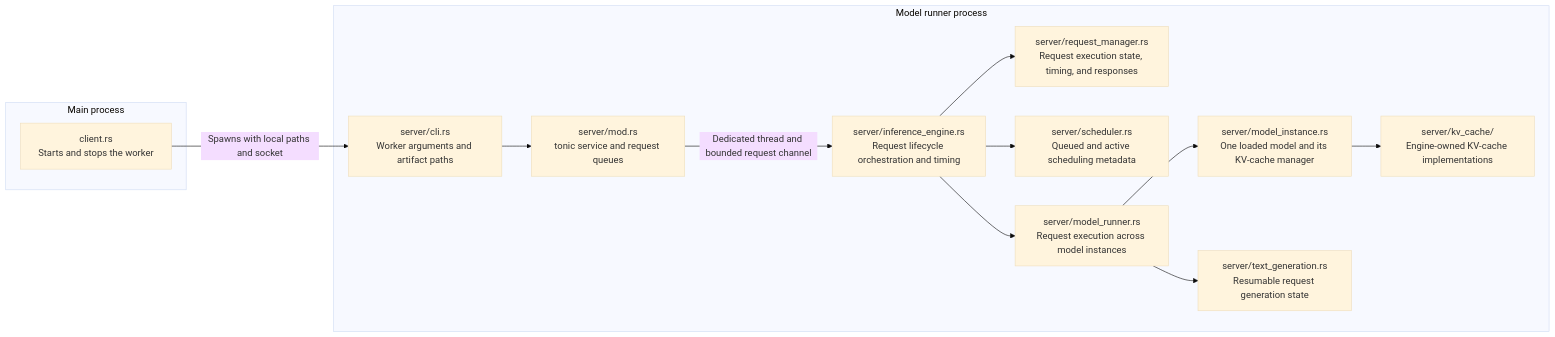
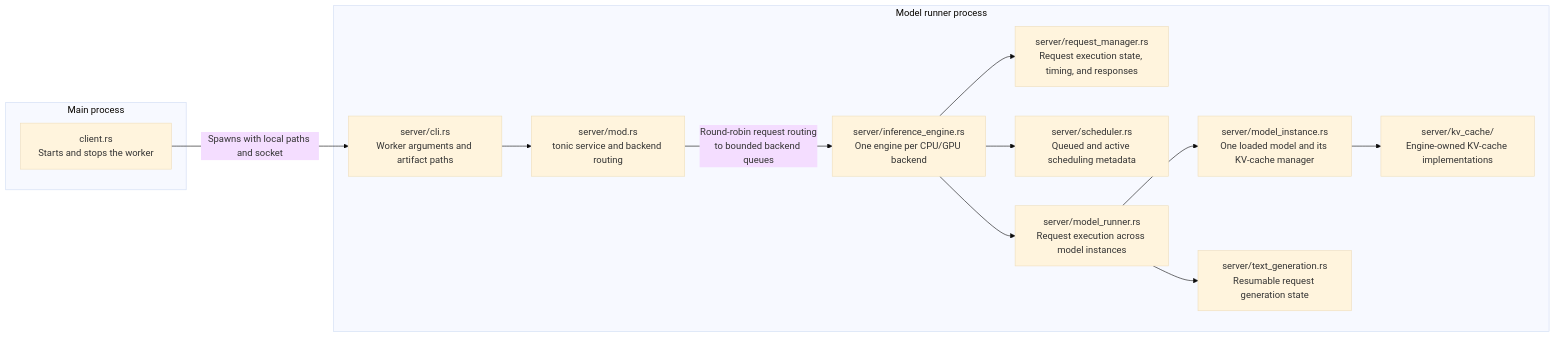
One commit to lun0522/mini-vllm-rs changed the first of 2 diagrams in src/model_runner/README.md. Above: the diagram before and after it, drawn with Mermaid (base theme). The commit also changed other lines of this file and 5 other files, not shown here.

First line of the commit message:
Docs: Streamline README and expand architecture documentation

````diff
--- a/src/model_runner/README.md
+++ b/src/model_runner/README.md
@@ -6,28 +6,28 @@
 ```mermaid
 flowchart LR
     subgraph Main[Main process]
         Client["client.rs<br/>Starts and stops the worker"]
     end
 
     subgraph Worker[Model runner process]
-        Server["server/mod.rs<br/>tonic service and request queues"]
+        Server["server/mod.rs<br/>tonic service and backend routing"]
         Cli["server/cli.rs<br/>Worker arguments and artifact paths"]
         KvCache["server/kv_cache/<br/>Engine-owned KV-cache implementations"]
-        InferenceEngine["server/inference_engine.rs<br/>Request lifecycle orchestration and timing"]
+        InferenceEngine["server/inference_engine.rs<br/>One engine per CPU/GPU backend"]
         RequestManager["server/request_manager.rs<br/>Request execution state, timing, and responses"]
         Scheduler["server/scheduler.rs<br/>Queued and active scheduling metadata"]
         ModelRunner["server/model_runner.rs<br/>Request execution across model instances"]
         ModelInstance["server/model_instance.rs<br/>One loaded model and its KV-cache manager"]
         TextGeneration["server/text_generation.rs<br/>Resumable request generation state"]
     end
 
     Client -->|"Spawns with local paths and socket"| Cli
     Cli --> Server
-    Server -->|"Dedicated thread and bounded request channel"| InferenceEngine
+    Server -->|"Round-robin request routing<br/>to bounded backend queues"| InferenceEngine
     InferenceEngine --> RequestManager
     InferenceEngine --> Scheduler
     InferenceEngine --> ModelRunner
     ModelRunner --> ModelInstance
     ModelInstance --> KvCache
     ModelRunner --> TextGeneration
 ```
````
